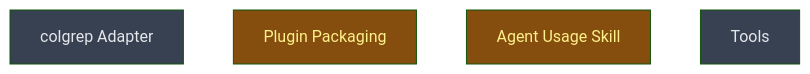
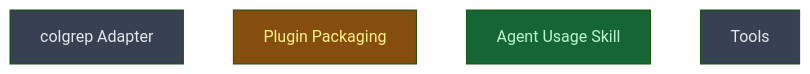
Before and after one commit to CrackingShells/colgrep-mcp: the diagram in __roadmap__/colgrep_mcp/build/README.md, drawn with Mermaid (forest theme). The commit also changed other lines of this file and 1 other file, not shown here.

Commit message:
docs(roadmap): mark agent_skill done

````diff
--- a/__roadmap__/colgrep_mcp/build/README.md
+++ b/__roadmap__/colgrep_mcp/build/README.md
@@ -19,12 +19,12 @@
 ```mermaid
 graph TD
     colgrep_adapter[colgrep Adapter]:::planned
     plugin_packaging[Plugin Packaging]:::inprogress
-    agent_skill[Agent Usage Skill]:::inprogress
+    agent_skill[Agent Usage Skill]:::done
     tools[Tools]:::planned
     classDef done       fill:#166534,color:#bbf7d0
     classDef inprogress fill:#854d0e,color:#fef08a
     classDef planned    fill:#374151,color:#e5e7eb
     classDef amendment  fill:#1e3a5f,color:#bfdbfe
     classDef blocked    fill:#7f1d1d,color:#fecaca
 ```
````
